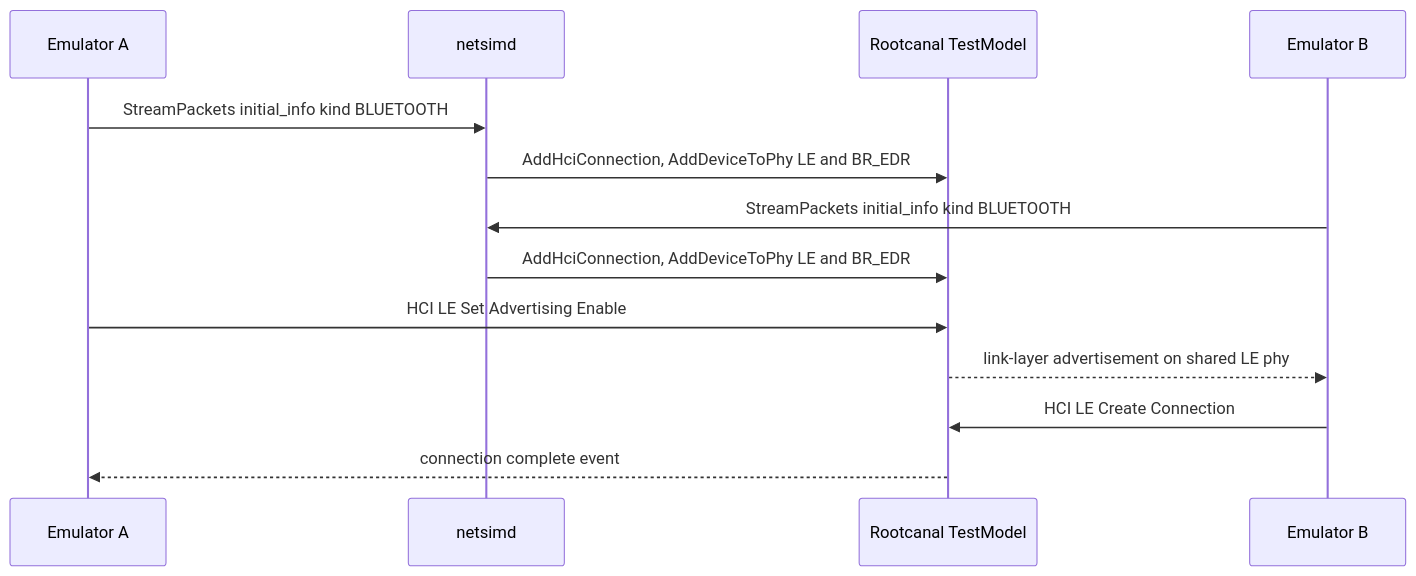
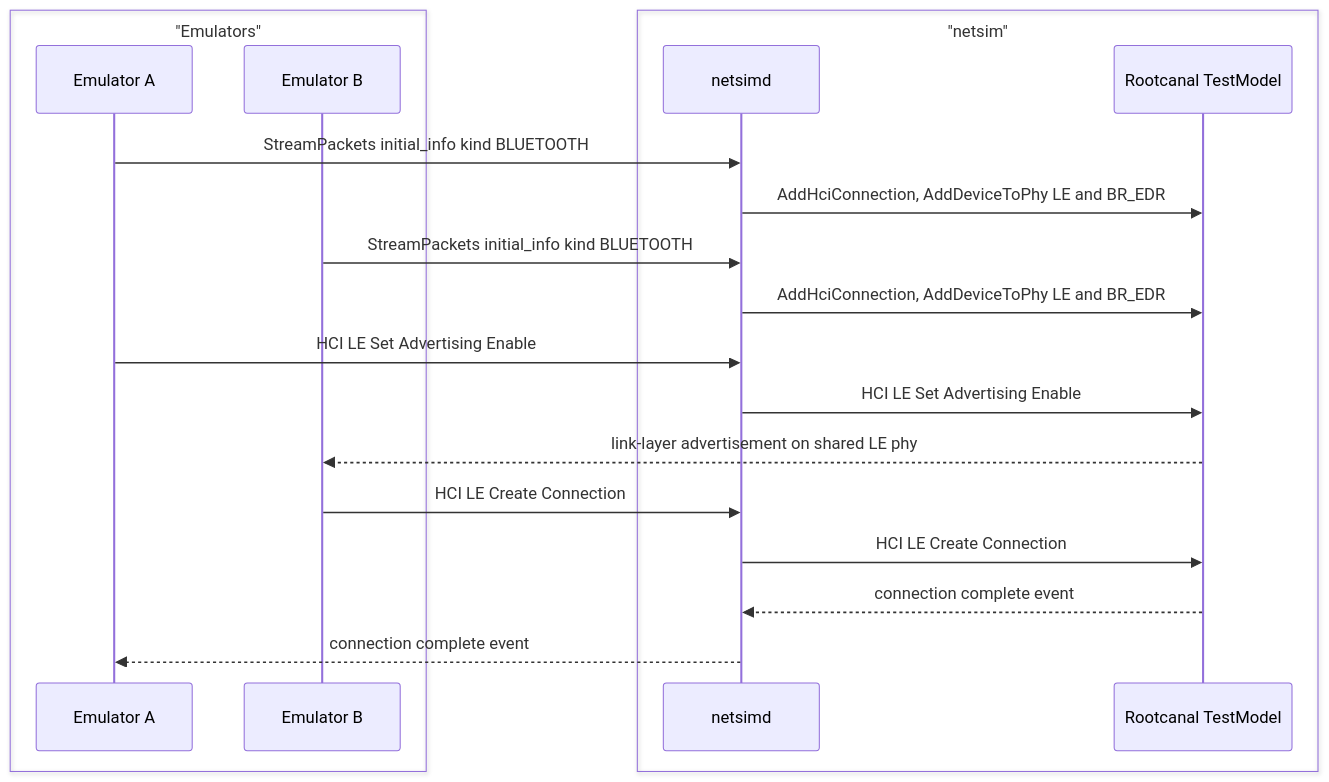
The sixth of 6 diagrams in 19-bluetooth.md (aospbooks/android-emulator-internal-book), drawn with Mermaid before and after one commit. The commit also changed other lines of this file and 31 other files, not shown here.

````diff
--- a/19-bluetooth.md
+++ b/19-bluetooth.md
@@ -476,15 +487,22 @@
 ```mermaid
 sequenceDiagram
+    box "Emulators"
     participant E1 as Emulator A
+    participant E2 as Emulator B
+    end
+    box "netsim"
     participant ND as netsimd
     participant RC as Rootcanal TestModel
-    participant E2 as Emulator B
+    end
     E1->>ND: StreamPackets initial_info kind BLUETOOTH
     ND->>RC: AddHciConnection, AddDeviceToPhy LE and BR_EDR
     E2->>ND: StreamPackets initial_info kind BLUETOOTH
     ND->>RC: AddHciConnection, AddDeviceToPhy LE and BR_EDR
-    E1->>RC: HCI LE Set Advertising Enable
+    E1->>ND: HCI LE Set Advertising Enable
+    ND->>RC: HCI LE Set Advertising Enable
     RC-->>E2: link-layer advertisement on shared LE phy
-    E2->>RC: HCI LE Create Connection
-    RC-->>E1: connection complete event
+    E2->>ND: HCI LE Create Connection
+    ND->>RC: HCI LE Create Connection
+    RC-->>ND: connection complete event
+    ND-->>E1: connection complete event
 ```
````
